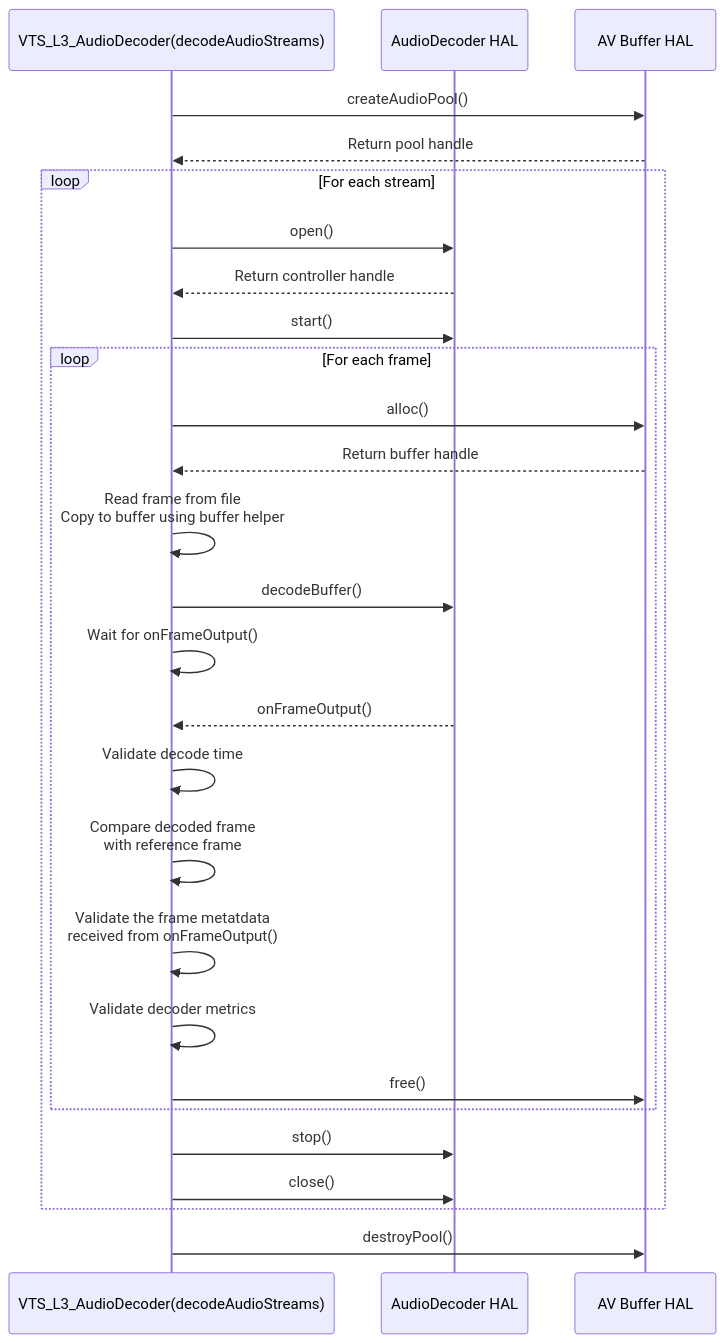
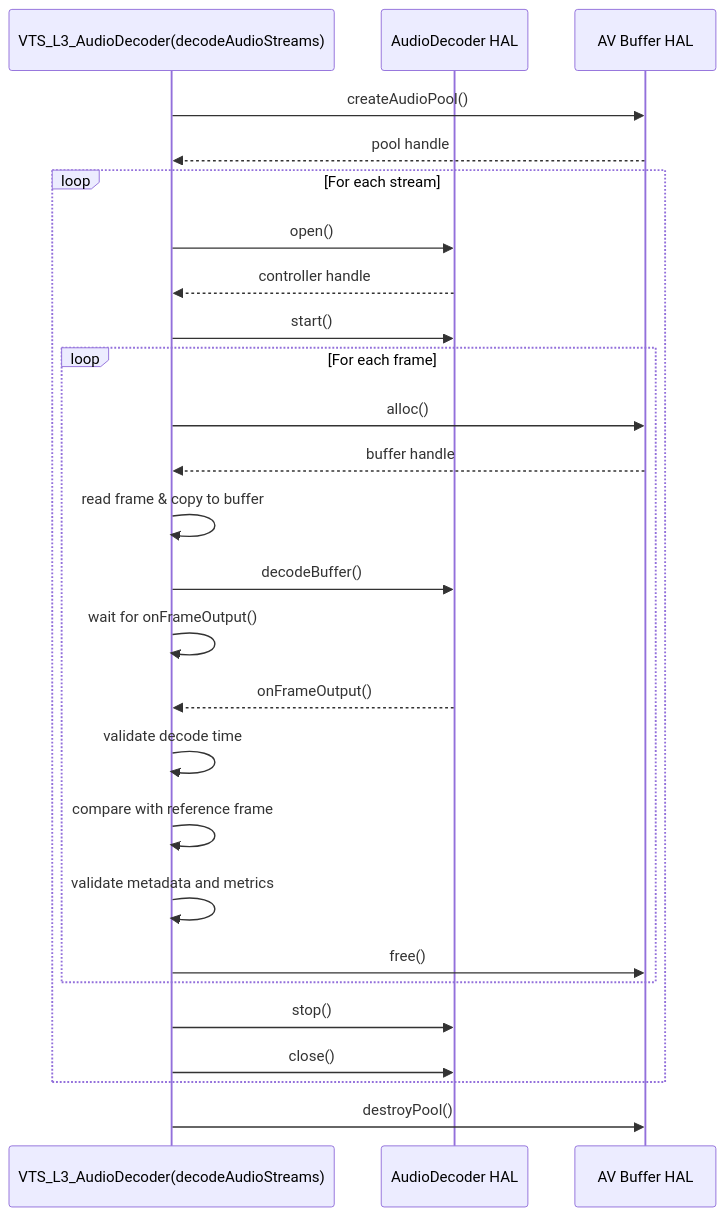
One commit to davidkoo-brcm/rdk-halif-aidl-test-audiodecoder changed the fourth of 10 diagrams in docs/pages/audioDecoder_L3_Low-Level_TestSpecification.md. Above: the diagram before and after it, drawn with Mermaid. The commit also changed other lines of this file and 1 other file, not shown here.

````diff
--- a/docs/pages/audioDecoder_L3_Low-Level_TestSpecification.md
+++ b/docs/pages/audioDecoder_L3_Low-Level_TestSpecification.md
@@ -222,30 +237,29 @@
 ```mermaid
 sequenceDiagram
-  participant VTS_L3_AudioDecoder(decodeAudioStreams)
+  participant rundecoder as VTS_L3_AudioDecoder(decodeAudioStreams)
   participant AudioDecoder HAL
   participant AV Buffer HAL
 
-  VTS_L3_AudioDecoder(decodeAudioStreams)->>AV Buffer HAL: createAudioPool()
-  AV Buffer HAL-->>VTS_L3_AudioDecoder(decodeAudioStreams): Return pool handle
+  rundecoder->>AV Buffer HAL: createAudioPool()
+  AV Buffer HAL-->>rundecoder: pool handle
   loop For each stream
-      VTS_L3_AudioDecoder(decodeAudioStreams)->>AudioDecoder HAL: open()
-      AudioDecoder HAL-->>VTS_L3_AudioDecoder(decodeAudioStreams): Return controller handle
-      VTS_L3_AudioDecoder(decodeAudioStreams)->>AudioDecoder HAL: start()
-      loop For each frame
-          VTS_L3_AudioDecoder(decodeAudioStreams)->>AV Buffer HAL: alloc()
-          AV Buffer HAL-->>VTS_L3_AudioDecoder(decodeAudioStreams): Return buffer handle
-          VTS_L3_AudioDecoder(decodeAudioStreams)->>VTS_L3_AudioDecoder(decodeAudioStreams): Read frame from file<br>Copy to buffer using buffer helper
-          VTS_L3_AudioDecoder(decodeAudioStreams)->>AudioDecoder HAL: decodeBuffer()
-          VTS_L3_AudioDecoder(decodeAudioStreams)->>VTS_L3_AudioDecoder(decodeAudioStreams): Wait for onFrameOutput()
-          AudioDecoder HAL-->>VTS_L3_AudioDecoder(decodeAudioStreams): onFrameOutput()
-          VTS_L3_AudioDecoder(decodeAudioStreams)->>VTS_L3_AudioDecoder(decodeAudioStreams): Validate decode time
-          VTS_L3_AudioDecoder(decodeAudioStreams)->>VTS_L3_AudioDecoder(decodeAudioStreams): Compare decoded frame<br>with reference frame
-          VTS_L3_AudioDecoder(decodeAudioStreams)->>VTS_L3_AudioDecoder(decodeAudioStreams): Validate the frame metatdata<br>received from onFrameOutput()
-          VTS_L3_AudioDecoder(decodeAudioStreams)->>VTS_L3_AudioDecoder(decodeAudioStreams): Validate decoder metrics
-          VTS_L3_AudioDecoder(decodeAudioStreams)->>AV Buffer HAL: free()
-      end
-      VTS_L3_AudioDecoder(decodeAudioStreams)->>AudioDecoder HAL: stop()
-      VTS_L3_AudioDecoder(decodeAudioStreams)->>AudioDecoder HAL: close()
+    rundecoder->>AudioDecoder HAL: open()
+    AudioDecoder HAL-->>rundecoder: controller handle
+    rundecoder->>AudioDecoder HAL: start()
+    loop For each frame
+      rundecoder->>AV Buffer HAL: alloc()
+      AV Buffer HAL-->>rundecoder: buffer handle
+      rundecoder->>rundecoder: read frame & copy to buffer
+      rundecoder->>AudioDecoder HAL: decodeBuffer()
+      rundecoder->>rundecoder: wait for onFrameOutput()
+      AudioDecoder HAL-->>rundecoder: onFrameOutput()
+      rundecoder->>rundecoder: validate decode time
+      rundecoder->>rundecoder: compare with reference frame
+      rundecoder->>rundecoder: validate metadata and metrics
+      rundecoder->>AV Buffer HAL: free()
+    end
+    rundecoder->>AudioDecoder HAL: stop()
+    rundecoder->>AudioDecoder HAL: close()
   end
-  VTS_L3_AudioDecoder(decodeAudioStreams)->>AV Buffer HAL: destroyPool()
+  rundecoder->>AV Buffer HAL: destroyPool()
 ```
````
